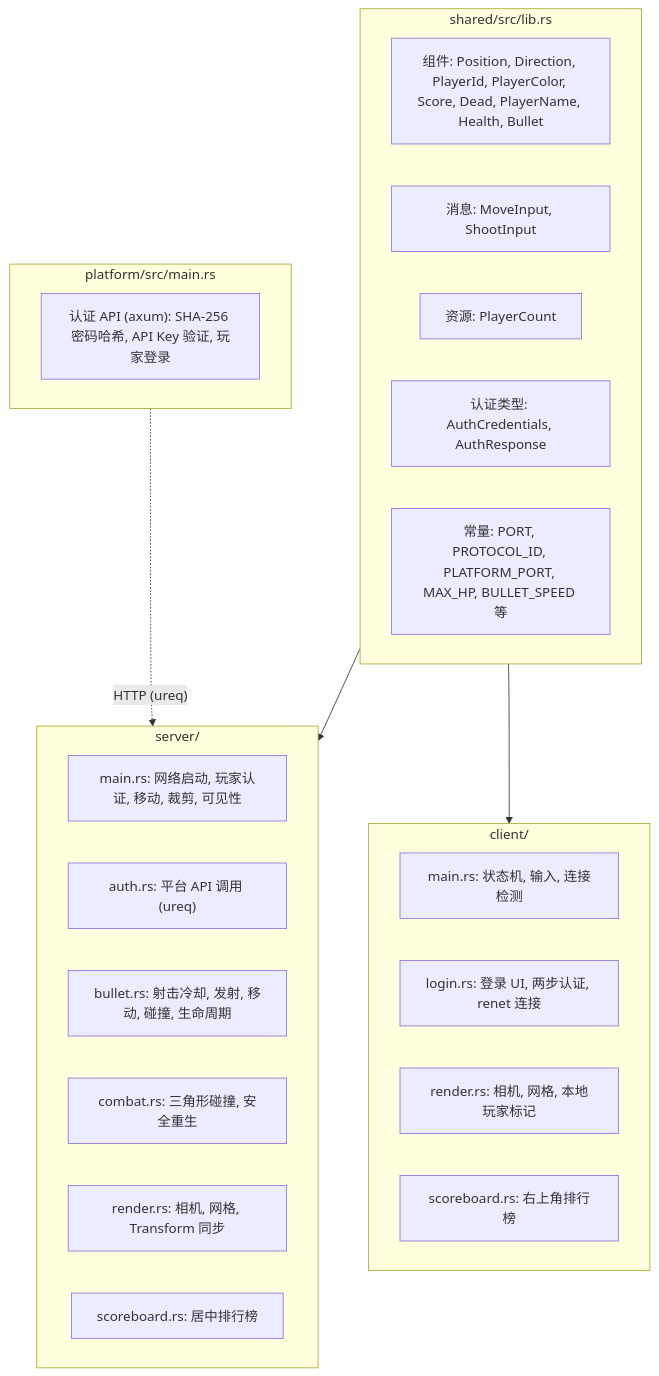
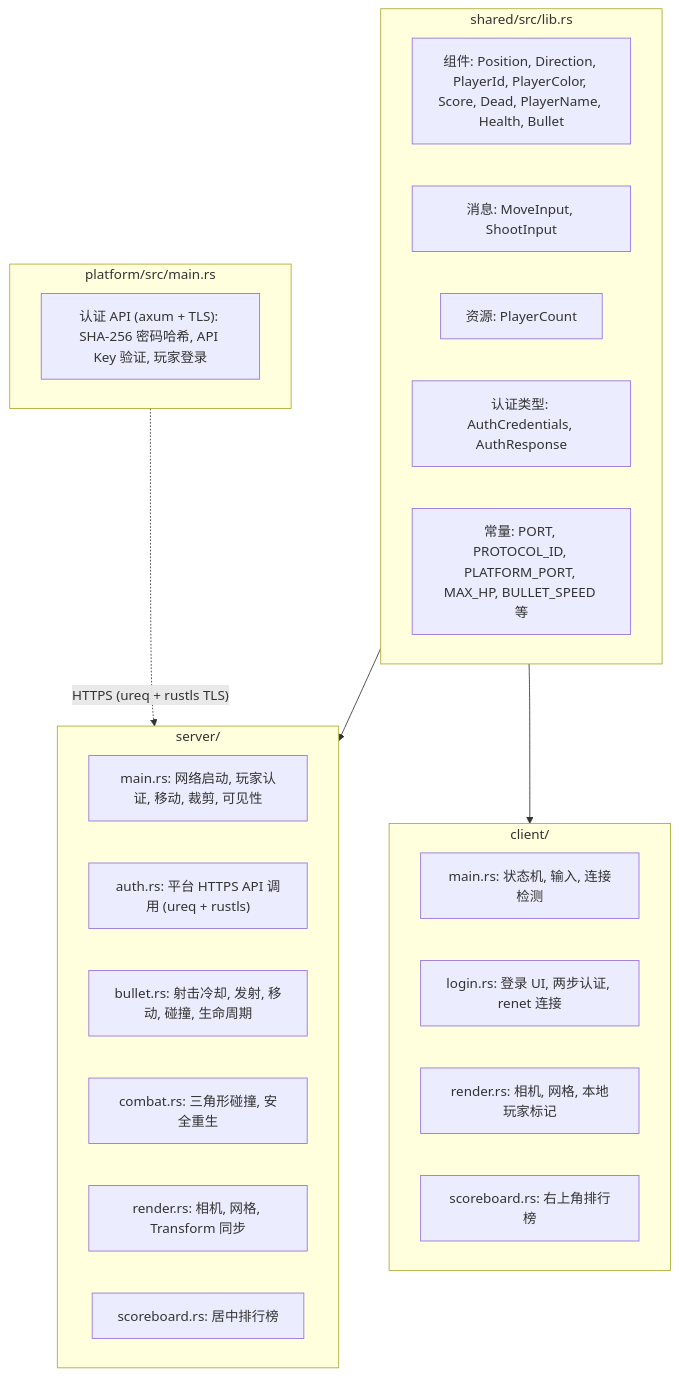
Before and after one commit to kindywu/simple_bevy: the third of 4 diagrams in LEARN.md, drawn with Mermaid. The commit also changed other lines of this file and 2 other files, not shown here.

````diff
--- a/LEARN.md
+++ b/LEARN.md
@@ -664,34 +673,34 @@
 ```mermaid
 graph TD
     subgraph shared["shared/src/lib.rs"]
         COMP["组件: Position, Direction, PlayerId, PlayerColor, Score, Dead, PlayerName, Health, Bullet"]
         MSG["消息: MoveInput, ShootInput"]
         RES["资源: PlayerCount"]
         AUTH["认证类型: AuthCredentials, AuthResponse"]
         CONST["常量: PORT, PROTOCOL_ID, PLATFORM_PORT, MAX_HP, BULLET_SPEED 等"]
     end
 
     subgraph platform["platform/src/main.rs"]
-        P_AUTH["认证 API (axum): SHA-256 密码哈希, API Key 验证, 玩家登录"]
+        P_AUTH["认证 API (axum + TLS): SHA-256 密码哈希, API Key 验证, 玩家登录"]
     end
 
     subgraph server["server/"]
         S_MAIN["main.rs: 网络启动, 玩家认证, 移动, 裁剪, 可见性"]
-        S_AUTH["auth.rs: 平台 API 调用 (ureq)"]
+        S_AUTH["auth.rs: 平台 HTTPS API 调用 (ureq + rustls)"]
         S_BULLET["bullet.rs: 射击冷却, 发射, 移动, 碰撞, 生命周期"]
         S_COMBAT["combat.rs: 三角形碰撞, 安全重生"]
         S_RENDER["render.rs: 相机, 网格, Transform 同步"]
         S_SCORE["scoreboard.rs: 居中排行榜"]
     end
 
     subgraph client["client/"]
         C_MAIN["main.rs: 状态机, 输入, 连接检测"]
         C_LOGIN["login.rs: 登录 UI, 两步认证, renet 连接"]
         C_RENDER["render.rs: 相机, 网格, 本地玩家标记"]
         C_SCORE["scoreboard.rs: 右上角排行榜"]
     end
 
     shared --> server
     shared --> client
-    platform -.->|"HTTP (ureq)"| server
+    platform -.->|"HTTPS (ureq + rustls TLS)"| server
 ```
````
